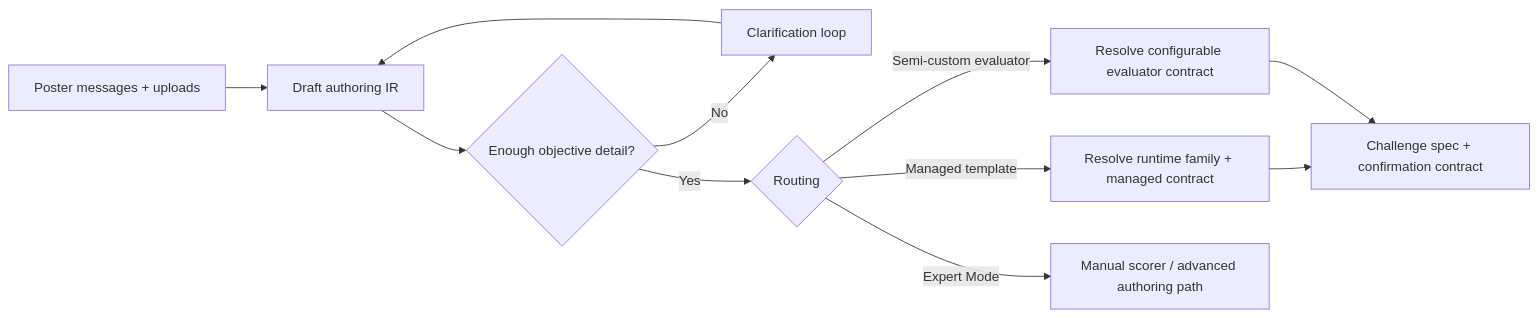
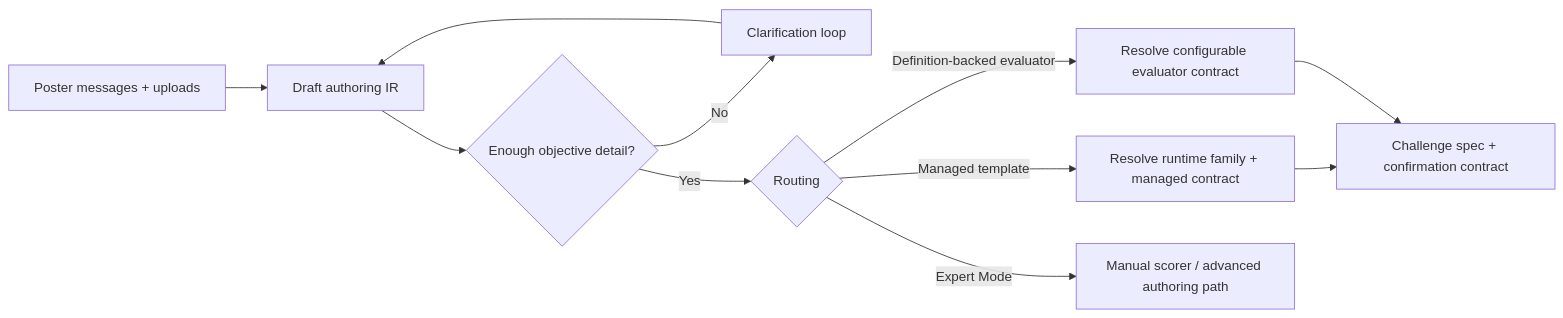
Before and after one commit to andymolecule/Agora: the diagram in docs/challenge-authoring-ir.md, drawn with Mermaid. The commit also changed other lines of this file and 152 other files, not shown here.

````diff
--- a/docs/challenge-authoring-ir.md
+++ b/docs/challenge-authoring-ir.md
@@ -65,13 +65,13 @@
 ```mermaid
 flowchart LR
     A["Poster messages + uploads"] --> B["Draft authoring IR"]
     B --> C{"Enough objective detail?"}
     C -- "No" --> D["Clarification loop"]
     D --> B
     C -- "Yes" --> E{"Routing"}
     E -- "Managed template" --> F["Resolve runtime family + managed contract"]
-    E -- "Semi-custom evaluator" --> G["Resolve configurable evaluator contract"]
+    E -- "Definition-backed evaluator" --> G["Resolve configurable evaluator contract"]
     E -- "Expert Mode" --> H["Manual scorer / advanced authoring path"]
     F --> I["Challenge spec + confirmation contract"]
     G --> I
 ```
````
